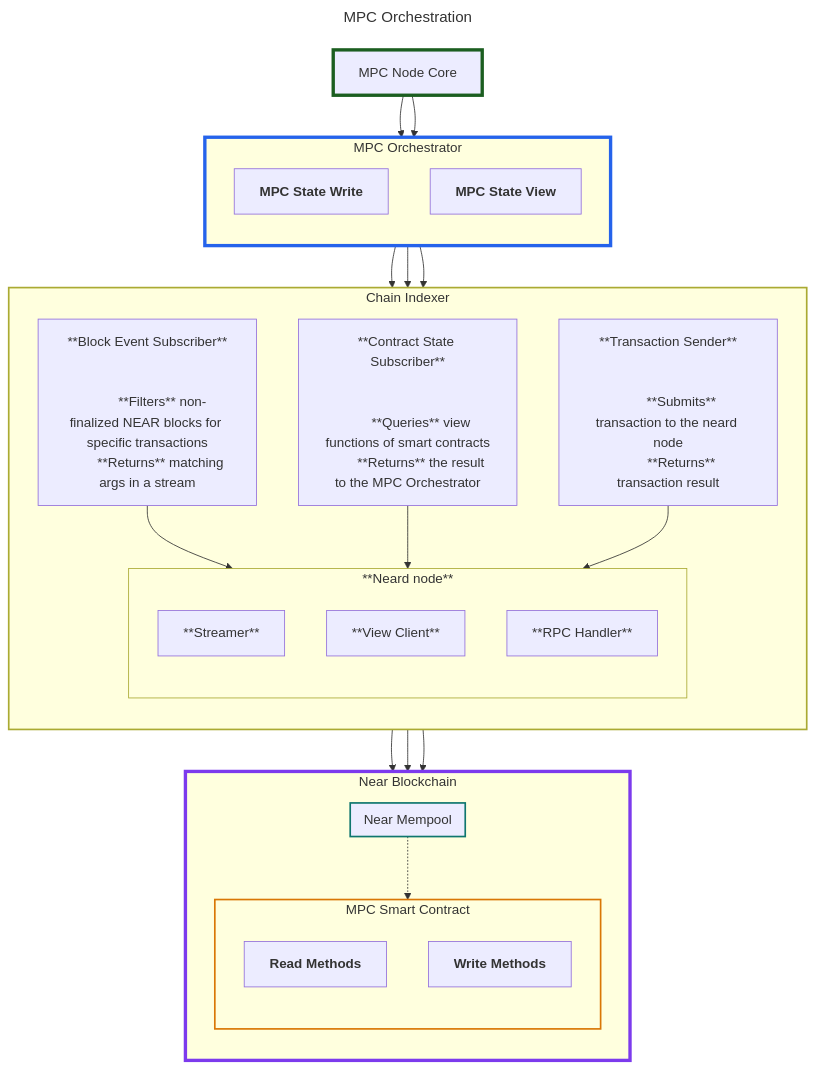
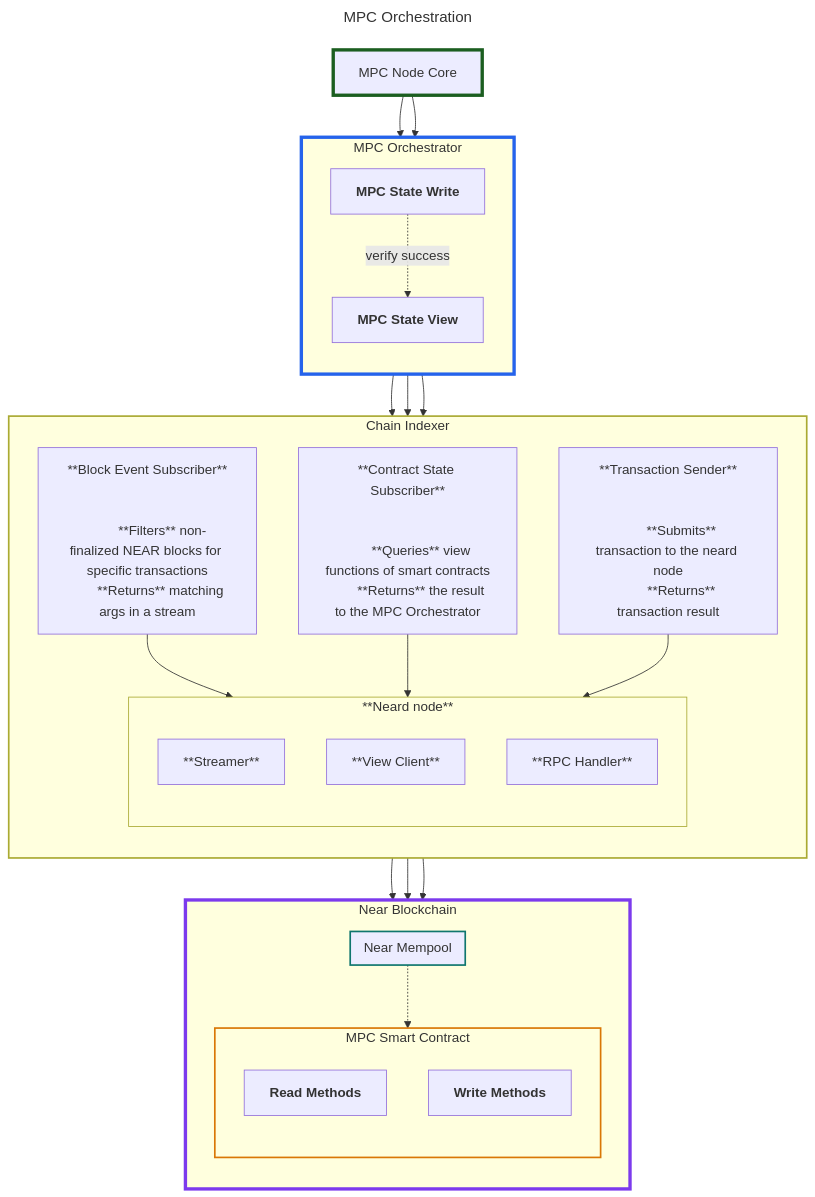
The second of 3 diagrams in docs/indexer-design.md (near/mpc), drawn with Mermaid before and after one commit. The commit also changed other lines of this file, not shown here.

```diff
--- a/docs/indexer-design.md
+++ b/docs/indexer-design.md
@@ -248,6 +248,8 @@
     VIEW[
     <b>MPC State View</b>
     ]
+
+    WRITE -.->|verify success| VIEW
 
 end
 
```
